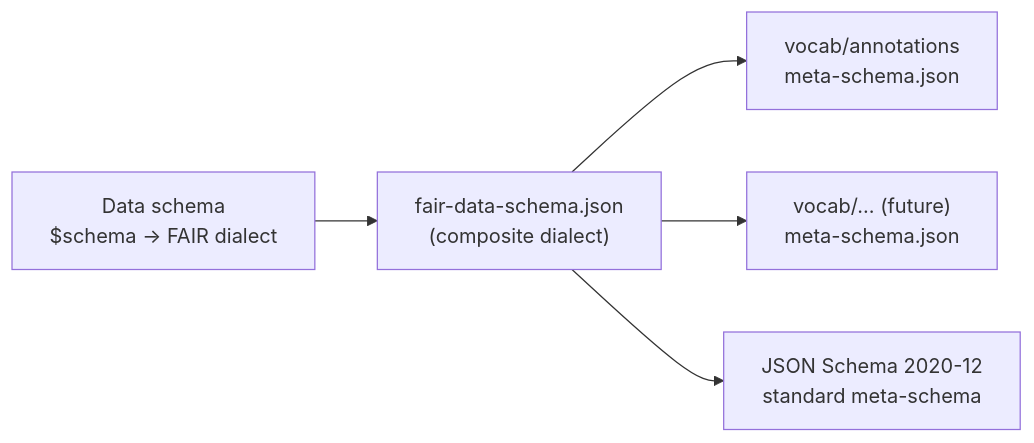
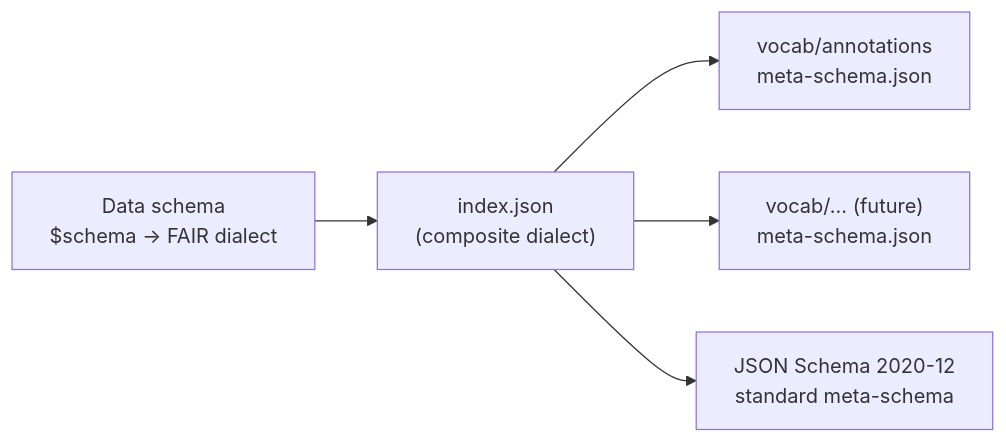
The diagram in docs/source/mechanisms/dialect.md (hvdnet/fair-data-schema), drawn with Mermaid before and after one commit. The commit also changed other lines of this file and 14 other files, not shown here.

Commit message:
docs: Overhaul documentation structure, add background and changelog, and integrate Mermaid diagrams.

````diff
--- a/docs/source/mechanisms/dialect.md
+++ b/docs/source/mechanisms/dialect.md
@@ -17,7 +23,7 @@
 ```{mermaid}
 graph LR
-    S["Data schema\n$schema → FAIR dialect"] --> D["fair-data-schema.json\n(composite dialect)"]
+    S["Data schema\n$schema → FAIR dialect"] --> D["index.json\n(composite dialect)"]
     D --> V1["vocab/annotations\nmeta-schema.json"]
     D --> VN["vocab/... (future)\nmeta-schema.json"]
     D --> STD["JSON Schema 2020-12\nstandard meta-schema"]
 ```
````
